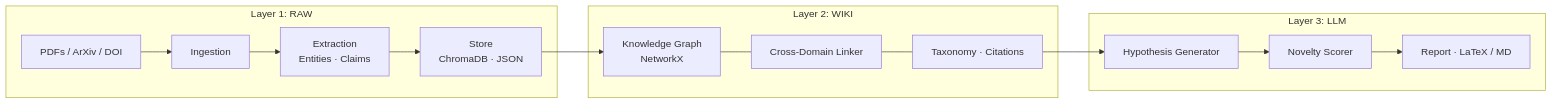
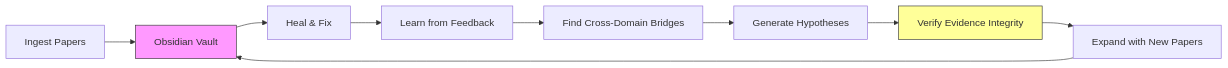
Before and after one commit to ss-sevesh/nexuslink: the diagram in nexuslink/README.md, drawn with Mermaid. The commit also changed other lines of this file and 177 other files, not shown here.

First line of the commit message:
Fix evidence tracing, scoring variance, DOI domain fallback + add vault/MCP layers

````diff
--- a/nexuslink/README.md
+++ b/nexuslink/README.md
@@ -7,26 +15,13 @@
 ```mermaid
 graph LR
-    subgraph RAW["Layer 1: RAW"]
-        A[PDFs / ArXiv / DOI] --> B[Ingestion]
-        B --> C[Extraction\nEntities · Claims]
-        C --> D[Store\nChromaDB · JSON]
-    end
-
-    subgraph WIKI["Layer 2: WIKI"]
-        E[Knowledge Graph\nNetworkX]
-        F[Cross-Domain Linker]
-        G[Taxonomy · Citations]
-        E --- F
-        F --- G
-    end
-
-    subgraph LLM["Layer 3: LLM"]
-        H[Hypothesis Generator]
-        I[Novelty Scorer]
-        J[Report · LaTeX / MD]
-        H --> I --> J
-    end
-
-    D --> E
-    G --> H
+    A[Ingest Papers] --> B[Obsidian Vault]
+    B --> C[Heal & Fix]
+    C --> D[Learn from Feedback]
+    D --> E[Find Cross-Domain Bridges]
+    E --> F[Generate Hypotheses]
+    F --> G[Verify Evidence Integrity]
+    G --> H[Expand with New Papers]
+    H --> B
+    style B fill:#f9f,stroke:#333
+    style G fill:#ff9,stroke:#333
 ```
````
